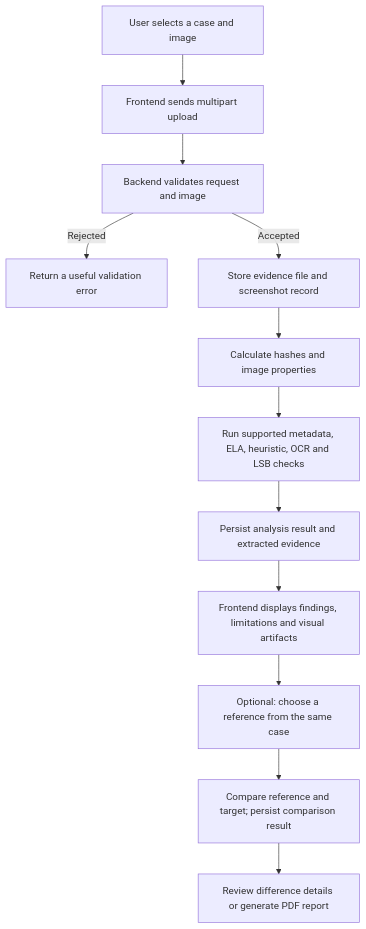
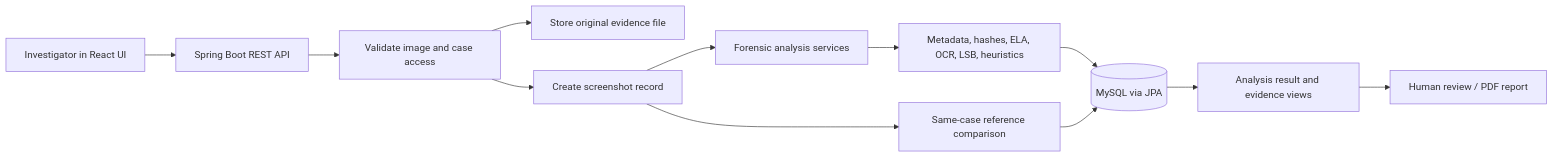
One commit to RohitSuthar01/Digital-Forensic-Screenshot-Analyzer changed the second of 2 diagrams in README.md. Above: the diagram before and after it, drawn with Mermaid. The commit also changed other lines of this file and 3 other files, not shown here.

````diff
--- a/README.md
+++ b/README.md
@@ -246,14 +159,14 @@
 ```mermaid
-flowchart TD
-    A[User selects a case and image] --> B[Frontend sends multipart upload]
-    B --> C[Backend validates request and image]
-    C -->|Rejected| X[Return a useful validation error]
-    C -->|Accepted| D[Store evidence file and screenshot record]
-    D --> E[Calculate hashes and image properties]
-    E --> F[Run supported metadata, ELA, heuristic, OCR and LSB checks]
-    F --> G[Persist analysis result and extracted evidence]
-    G --> H[Frontend displays findings, limitations and visual artifacts]
-    H --> I[Optional: choose a reference from the same case]
-    I --> J[Compare reference and target; persist comparison result]
-    J --> K[Review difference details or generate PDF report]
+flowchart LR
+    A[Investigator in React UI] --> B[Spring Boot REST API]
+    B --> C[Validate image and case access]
+    C --> D[Store original evidence file]
+    C --> E[Create screenshot record]
+    E --> F[Forensic analysis services]
+    F --> G[Metadata, hashes, ELA, OCR, LSB, heuristics]
+    G --> H[(MySQL via JPA)]
+    H --> I[Analysis result and evidence views]
+    I --> J[Human review / PDF report]
+    E --> K[Same-case reference comparison]
+    K --> H
 ```
````
